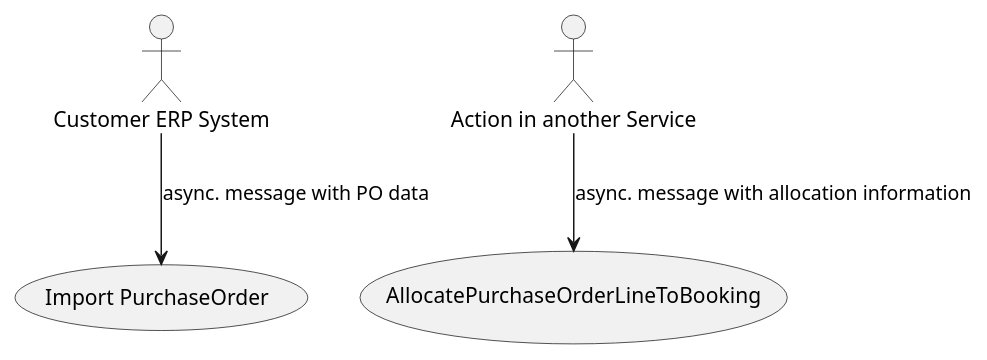
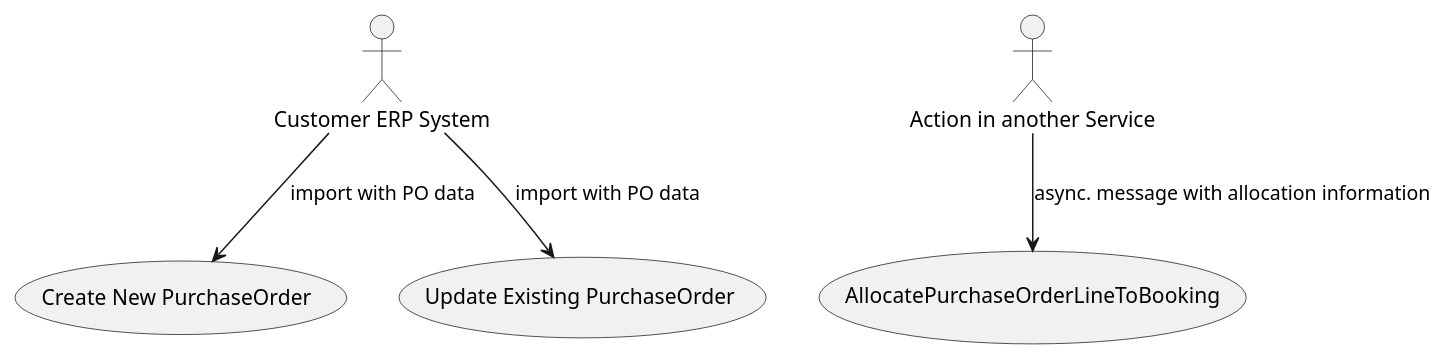
Before and after one commit to karbonfw/purchaseorderdoc: the diagram in diagrams/usecases.puml, drawn with PlantUML.

Commit message:
update on use cases

```diff
--- a/diagrams/usecases.puml
+++ b/diagrams/usecases.puml
@@ -1,14 +1,16 @@
 @startuml
-(Import PurchaseOrder) as ImportPO
+(Create New PurchaseOrder) as ImportPO
+(Update Existing PurchaseOrder) as ImportExistingPO
 
 (AllocatePurchaseOrderLineToBooking) as AllocatePOL
 
 :Customer ERP System: as erp
 
 :Action in another Service: as anotherService
 
 
-erp --> ImportPO : async. message with PO data
+erp --> ImportPO : import with PO data
+erp --> ImportExistingPO : import with PO data
 
 anotherService --> AllocatePOL : async. message with allocation information
 @enduml
```
